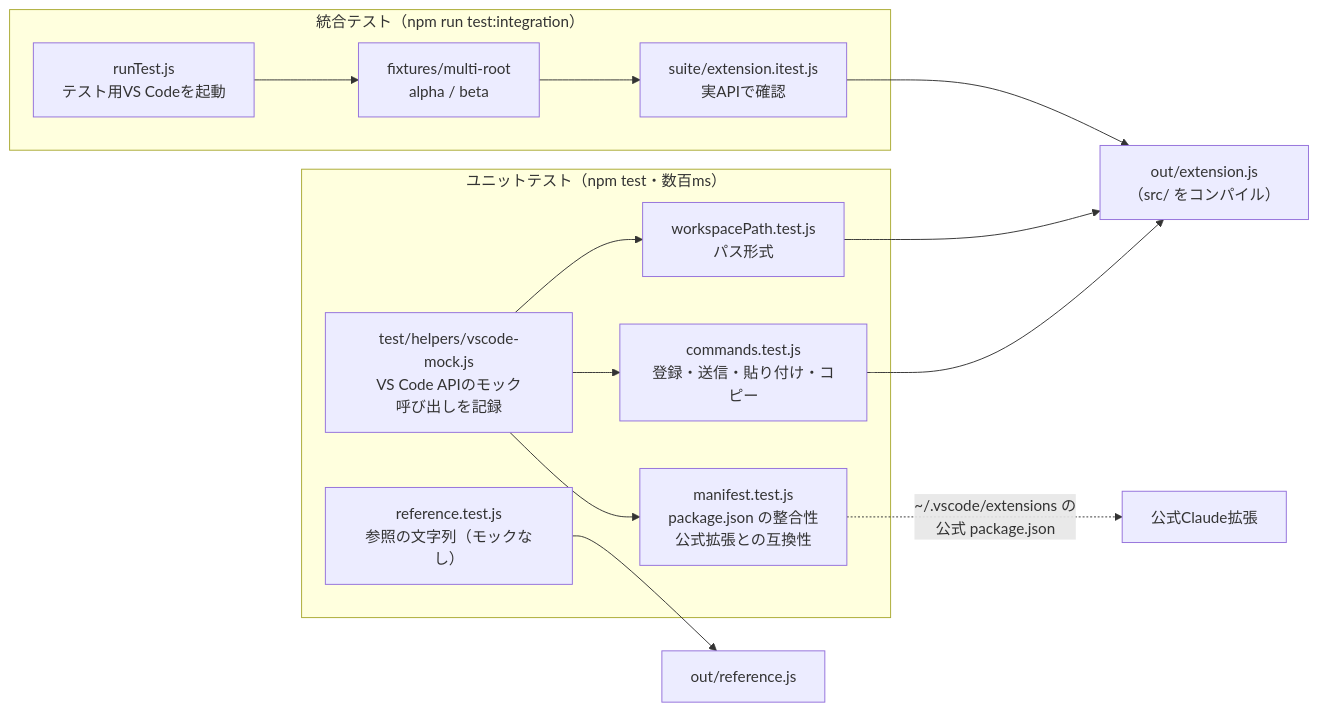
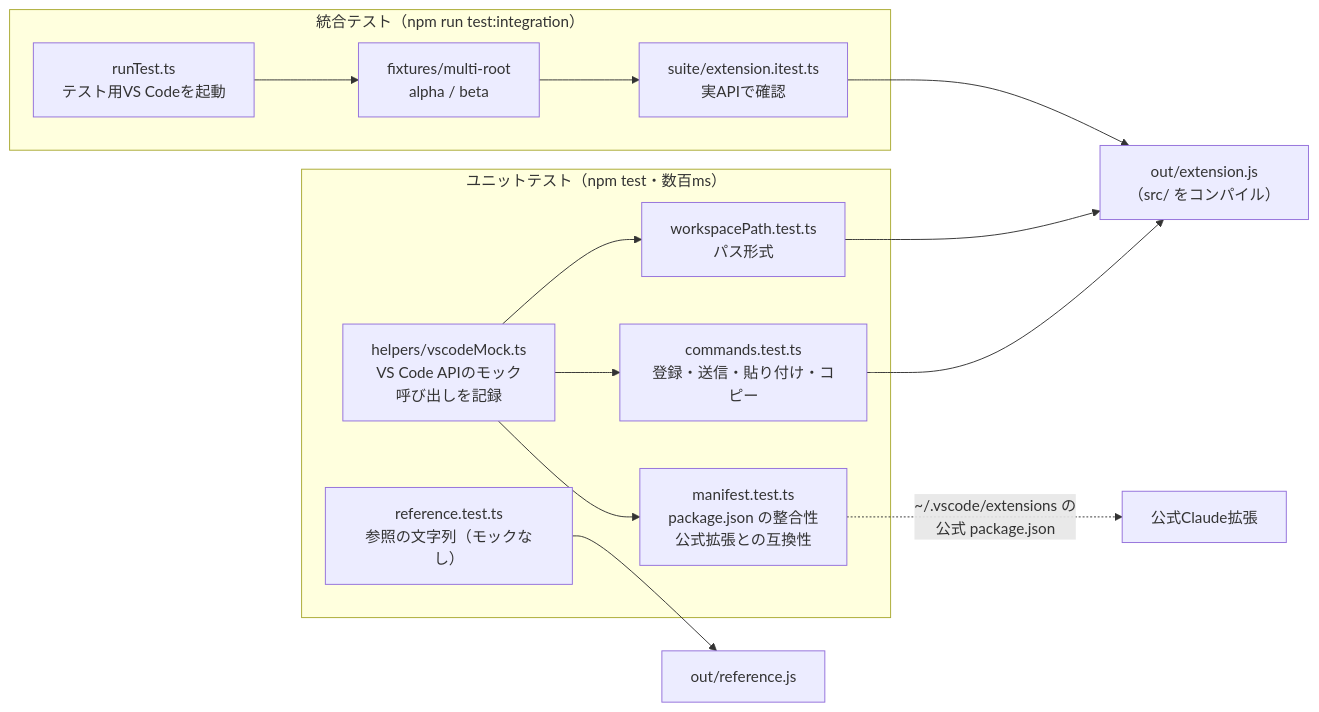
The seventh of 7 diagrams in docs/ARCHITECTURE.md (kip2/refs-to-chat), drawn with Mermaid before and after one commit. The commit also changed other lines of this file and 20 other files, not shown here.

````diff
--- a/docs/ARCHITECTURE.md
+++ b/docs/ARCHITECTURE.md
@@ -311,22 +311,22 @@
 ```mermaid
 flowchart LR
   subgraph Unit["ユニットテスト（npm test・数百ms）"]
-    M["test/helpers/vscode-mock.js<br/>VS Code APIのモック<br/>呼び出しを記録"]
-    U0["reference.test.js<br/>参照の文字列（モックなし）"]
-    U1["workspacePath.test.js<br/>パス形式"]
-    U2["commands.test.js<br/>登録・送信・貼り付け・コピー"]
-    U3["manifest.test.js<br/>package.json の整合性<br/>公式拡張との互換性"]
+    M["helpers/vscodeMock.ts<br/>VS Code APIのモック<br/>呼び出しを記録"]
+    U0["reference.test.ts<br/>参照の文字列（モックなし）"]
+    U1["workspacePath.test.ts<br/>パス形式"]
+    U2["commands.test.ts<br/>登録・送信・貼り付け・コピー"]
+    U3["manifest.test.ts<br/>package.json の整合性<br/>公式拡張との互換性"]
     M --> U1 & U2 & U3
   end
   U0 --> REF["out/reference.js"]
   subgraph Int["統合テスト（npm run test:integration）"]
-    R["runTest.js<br/>テスト用VS Codeを起動"]
+    R["runTest.ts<br/>テスト用VS Codeを起動"]
     W["fixtures/multi-root<br/>alpha / beta"]
-    I["suite/extension.itest.js<br/>実APIで確認"]
+    I["suite/extension.itest.ts<br/>実APIで確認"]
     R --> W --> I
   end
   EXT["out/extension.js<br/>（src/ をコンパイル）"]
   U1 & U2 --> EXT
   I --> EXT
   U3 -.->|~/.vscode/extensions の<br/>公式 package.json| CL["公式Claude拡張"]
 ```
````
